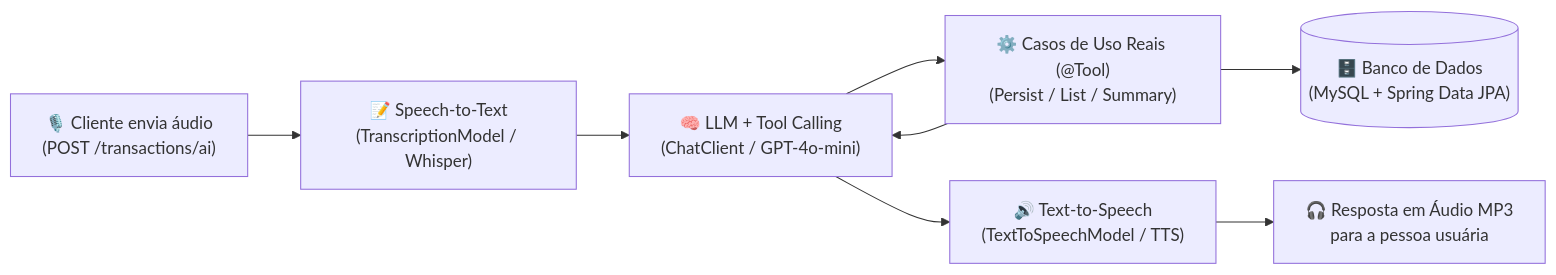
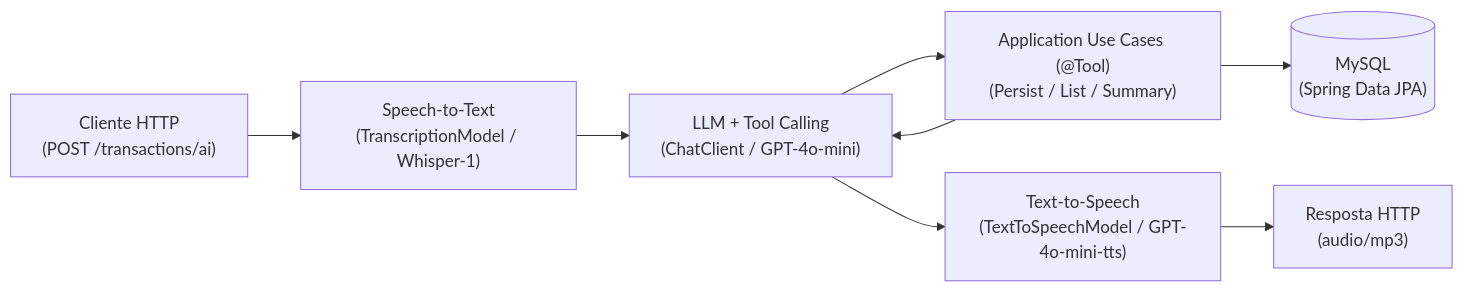
The diagram in README.md (lucenfort/dio-spring-ai-budgeting), drawn with Mermaid before and after one commit. The commit also changed other lines of this file and 23 other files, not shown here.

````diff
--- a/README.md
+++ b/README.md
@@ -19,10 +17,10 @@
 ```mermaid
 flowchart LR
-    A["🎙️ Cliente envia áudio\n(POST /transactions/ai)"] --> B["📝 Speech-to-Text\n(TranscriptionModel / Whisper)"]
-    B --> C["🧠 LLM + Tool Calling\n(ChatClient / GPT-4o-mini)"]
-    C --> D["⚙️ Casos de Uso Reais (@Tool)\n(Persist / List / Summary)"]
-    D --> E[("🗄️ Banco de Dados\n(MySQL + Spring Data JPA)")]
+    A["Cliente HTTP\n(POST /transactions/ai)"] --> B["Speech-to-Text\n(TranscriptionModel / Whisper-1)"]
+    B --> C["LLM + Tool Calling\n(ChatClient / GPT-4o-mini)"]
+    C --> D["Application Use Cases (@Tool)\n(Persist / List / Summary)"]
+    D --> E[("MySQL\n(Spring Data JPA)")]
     D --> C
-    C --> F["🔊 Text-to-Speech\n(TextToSpeechModel / TTS)"]
-    F --> G["🎧 Resposta em Áudio MP3\npara a pessoa usuária"]
+    C --> F["Text-to-Speech\n(TextToSpeechModel / GPT-4o-mini-tts)"]
+    F --> G["Resposta HTTP\n(audio/mp3)"]
 ```
````
